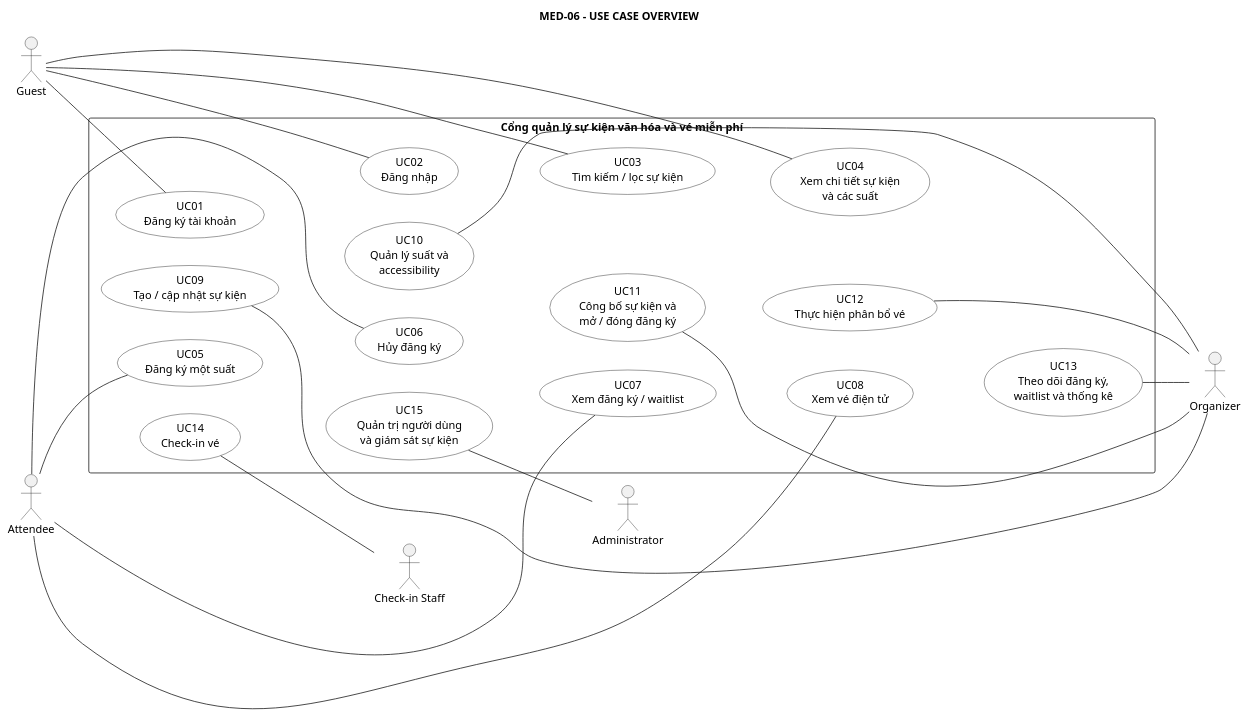
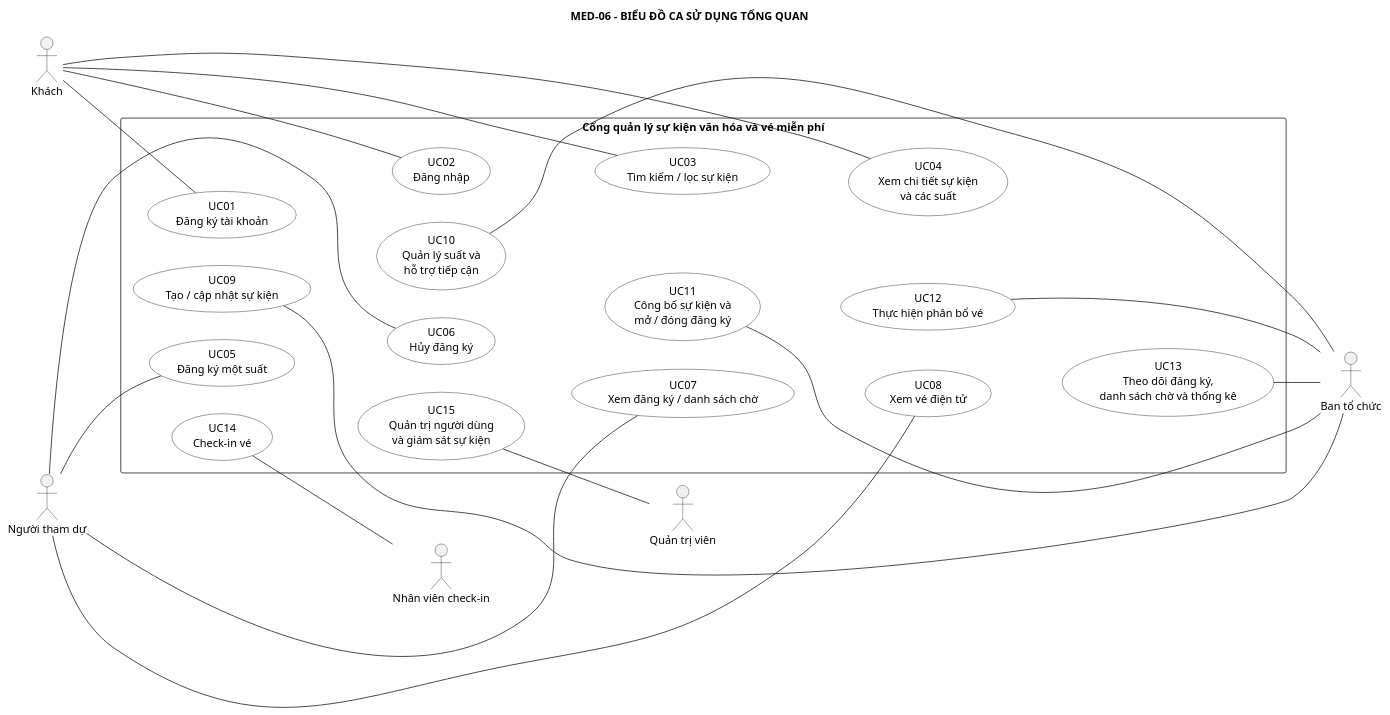
The diagram in PTTK/01_Actor_UseCase/01-use-case-overview.puml (anh632k-ui/OOP-DoAn), drawn with PlantUML before and after one commit.

Commit message:
docs(tv): Việt hóa biểu đồ ca sử dụng tổng quan

```diff
--- a/PTTK/01_Actor_UseCase/01-use-case-overview.puml
+++ b/PTTK/01_Actor_UseCase/01-use-case-overview.puml
@@ -1,84 +1,74 @@
 @startuml
 left to right direction
 skinparam monochrome true
 skinparam shadowing false
 skinparam actorStyle stick
 skinparam defaultFontSize 14
 skinparam packageStyle rectangle
 skinparam usecase {
   BackgroundColor White
   BorderColor Black
   FontColor Black
 }
 
-title MED-06 - USE CASE OVERVIEW
+title MED-06 - BIỂU ĐỒ CA SỬ DỤNG TỔNG QUAN
 
-actor Guest as Guest
-actor Attendee as Attendee
+actor "Khách" as Khach
+actor "Người tham dự" as NguoiThamDu
 
-rectangle "Cổng quản lý sự kiện văn hóa và vé miễn phí" as SYS {
+rectangle "Cổng quản lý sự kiện văn hóa và vé miễn phí" as HT {
   usecase "UC01\nĐăng ký tài khoản" as UC01
   usecase "UC02\nĐăng nhập" as UC02
   usecase "UC03\nTìm kiếm / lọc sự kiện" as UC03
   usecase "UC04\nXem chi tiết sự kiện\nvà các suất" as UC04
 
   usecase "UC05\nĐăng ký một suất" as UC05
   usecase "UC06\nHủy đăng ký" as UC06
-  usecase "UC07\nXem đăng ký / waitlist" as UC07
+  usecase "UC07\nXem đăng ký / danh sách chờ" as UC07
   usecase "UC08\nXem vé điện tử" as UC08
 
   usecase "UC09\nTạo / cập nhật sự kiện" as UC09
-  usecase "UC10\nQuản lý suất và\naccessibility" as UC10
+  usecase "UC10\nQuản lý suất và\nhỗ trợ tiếp cận" as UC10
   usecase "UC11\nCông bố sự kiện và\nmở / đóng đăng ký" as UC11
   usecase "UC12\nThực hiện phân bổ vé" as UC12
-  usecase "UC13\nTheo dõi đăng ký,\nwaitlist và thống kê" as UC13
+  usecase "UC13\nTheo dõi đăng ký,\ndanh sách chờ và thống kê" as UC13
 
   usecase "UC14\nCheck-in vé" as UC14
   usecase "UC15\nQuản trị người dùng\nvà giám sát sự kiện" as UC15
 
-  ' Ép layout thành 4 cột gọn, không dùng các box con theo actor.
   UC01 -[hidden]down- UC02
   UC02 -[hidden]down- UC03
   UC03 -[hidden]down- UC04
-
   UC05 -[hidden]down- UC06
   UC06 -[hidden]down- UC07
   UC07 -[hidden]down- UC08
-
   UC09 -[hidden]down- UC10
   UC10 -[hidden]down- UC11
   UC11 -[hidden]down- UC12
   UC12 -[hidden]down- UC13
-
   UC14 -[hidden]down- UC15
-
   UC01 -[hidden]right- UC05
   UC05 -[hidden]right- UC09
   UC09 -[hidden]right- UC14
 }
 
-actor Organizer as Organizer
-actor "Check-in Staff" as Staff
-actor Administrator as Admin
+actor "Ban tổ chức" as BanToChuc
+actor "Nhân viên check-in" as NhanVien
+actor "Quản trị viên" as QuanTriVien
 
-' Association actor-use case dùng đường thường, không dùng arrowhead.
-Guest -- UC01
-Guest -- UC02
-Guest -- UC03
-Guest -- UC04
-
-Attendee -- UC05
-Attendee -- UC06
-Attendee -- UC07
-Attendee -- UC08
-
-UC09 -- Organizer
-UC10 -- Organizer
-UC11 -- Organizer
-UC12 -- Organizer
-UC13 -- Organizer
-
-UC14 -- Staff
-UC15 -- Admin
-
+Khach -- UC01
+Khach -- UC02
+Khach -- UC03
+Khach -- UC04
+NguoiThamDu -- UC05
+NguoiThamDu -- UC06
+NguoiThamDu -- UC07
+NguoiThamDu -- UC08
+UC09 -- BanToChuc
+UC10 -- BanToChuc
+UC11 -- BanToChuc
+UC12 -- BanToChuc
+UC13 -- BanToChuc
+UC14 -- NhanVien
+UC15 -- QuanTriVien
 @enduml
```
